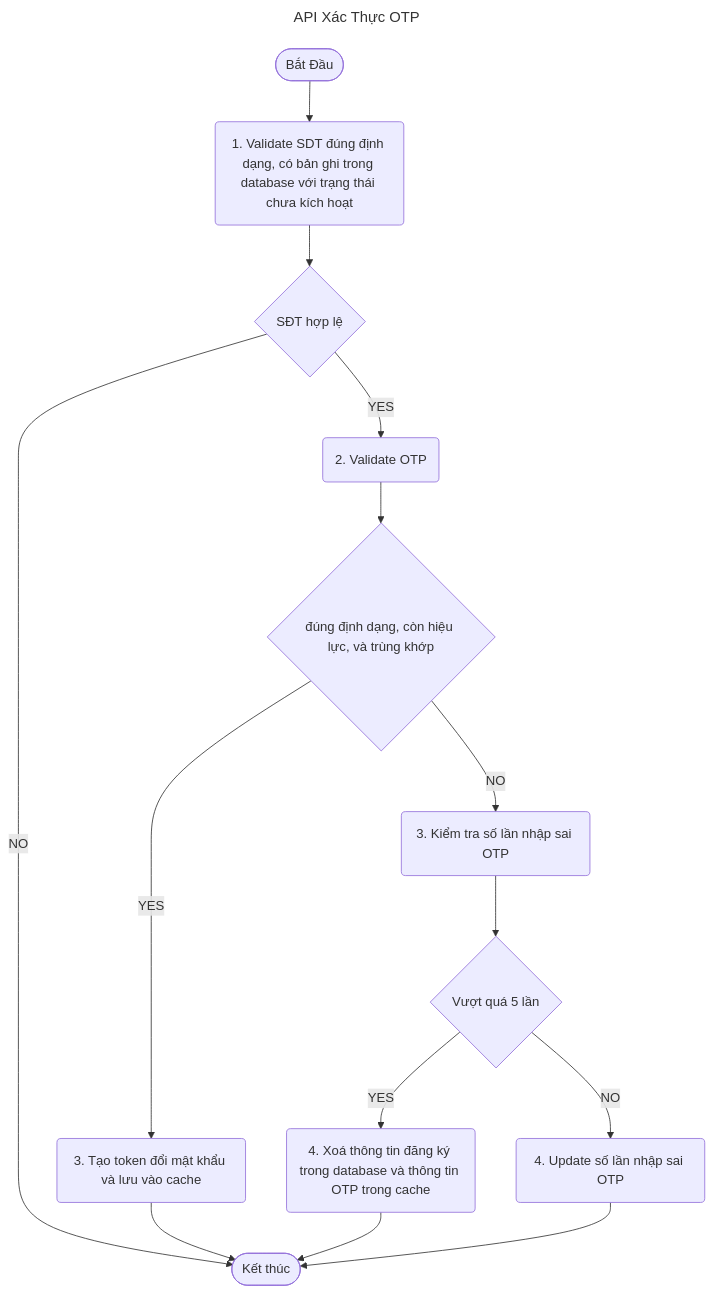
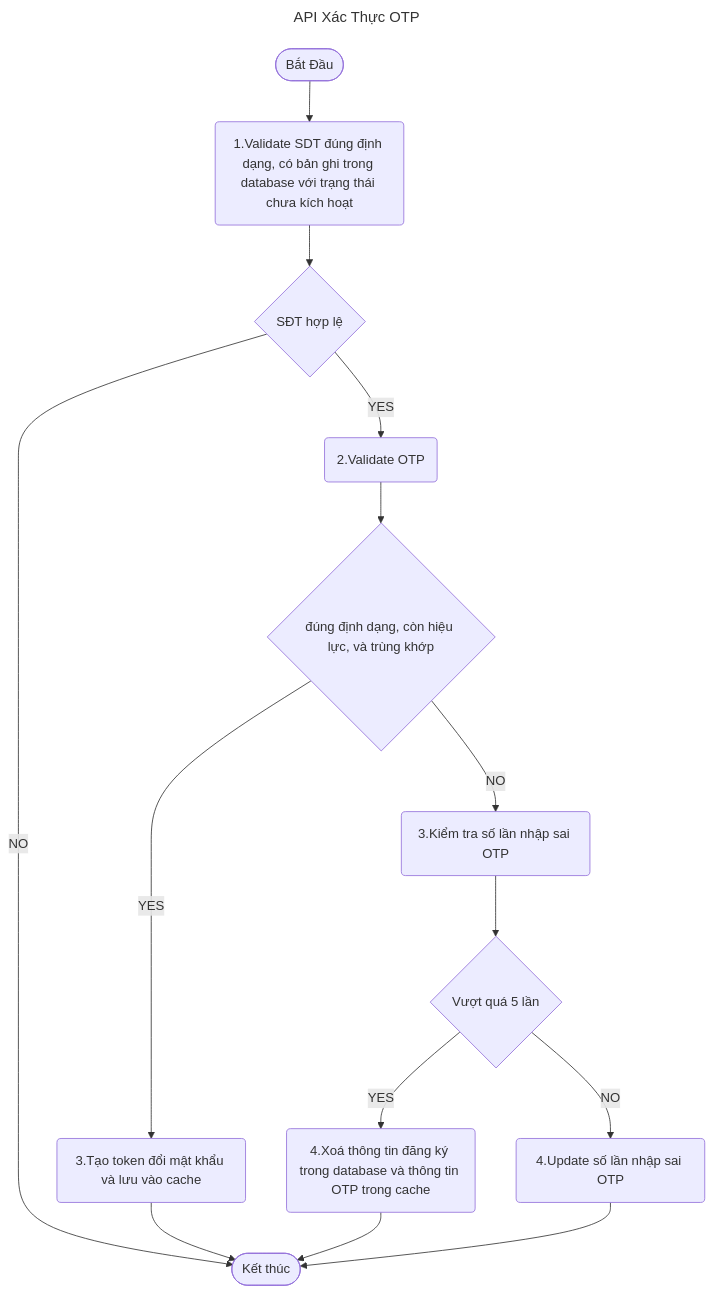
One commit to hoanglam995/spring-tutorial changed the seventh of 8 diagrams in readme.md. Above: the diagram before and after it, drawn with Mermaid. The commit also changed other lines of this file, not shown here.

````diff
--- a/readme.md
+++ b/readme.md
@@ -338,14 +338,14 @@
 ```mermaid
 ---
 title: API Xác Thực OTP
 ---
 flowchart
-    START([Bắt Đầu])-->1(1. Validate SDT đúng định dạng, có bản ghi trong database với trạng thái chưa kích hoạt)-->C1{SĐT hợp lệ}
+    START([Bắt Đầu])-->1(1.Validate SDT đúng định dạng, có bản ghi trong database với trạng thái chưa kích hoạt)-->C1{SĐT hợp lệ}
     C1--NO-->END([Kết thúc])
-    C1--YES-->2(2. Validate OTP)-->C2{đúng định dạng, còn hiệu lực, và trùng khớp }
-    C2--YES-->3.1(3. Tạo token đổi mật khẩu và lưu vào cache)
+    C1--YES-->2(2.Validate OTP)-->C2{đúng định dạng, còn hiệu lực, và trùng khớp }
+    C2--YES-->3.1(3.Tạo token đổi mật khẩu và lưu vào cache)
     3.1-->END([Kết thúc])
-    C2--NO-->3.2(3. Kiểm tra số lần nhập sai OTP)-->C3{Vượt quá 5 lần}
-    C3--YES-->4.1(4. Xoá thông tin đăng ký trong database và thông tin OTP trong cache)-->END
-    C3--NO-->4.2(4. Update số lần nhập sai OTP)-->END
+    C2--NO-->3.2(3.Kiểm tra số lần nhập sai OTP)-->C3{Vượt quá 5 lần}
+    C3--YES-->4.1(4.Xoá thông tin đăng ký trong database và thông tin OTP trong cache)-->END
+    C3--NO-->4.2(4.Update số lần nhập sai OTP)-->END
 ```
````
